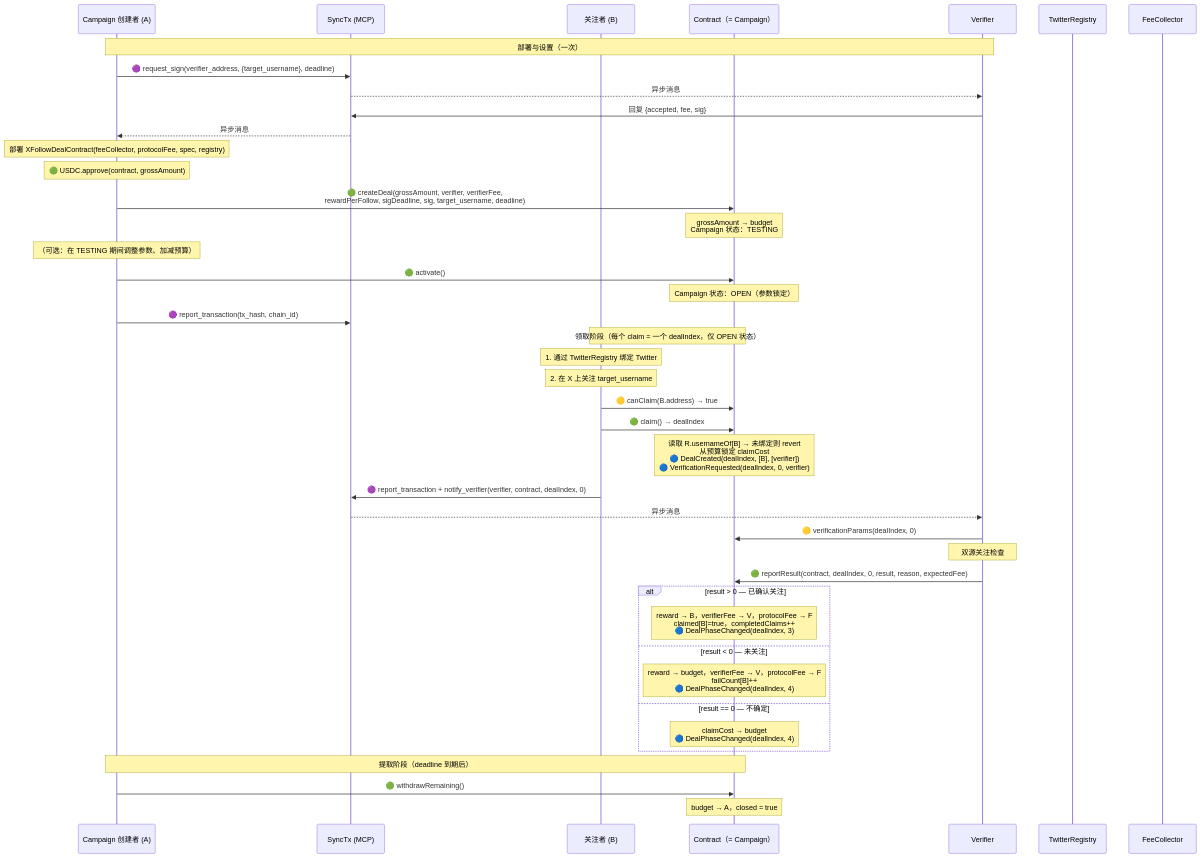
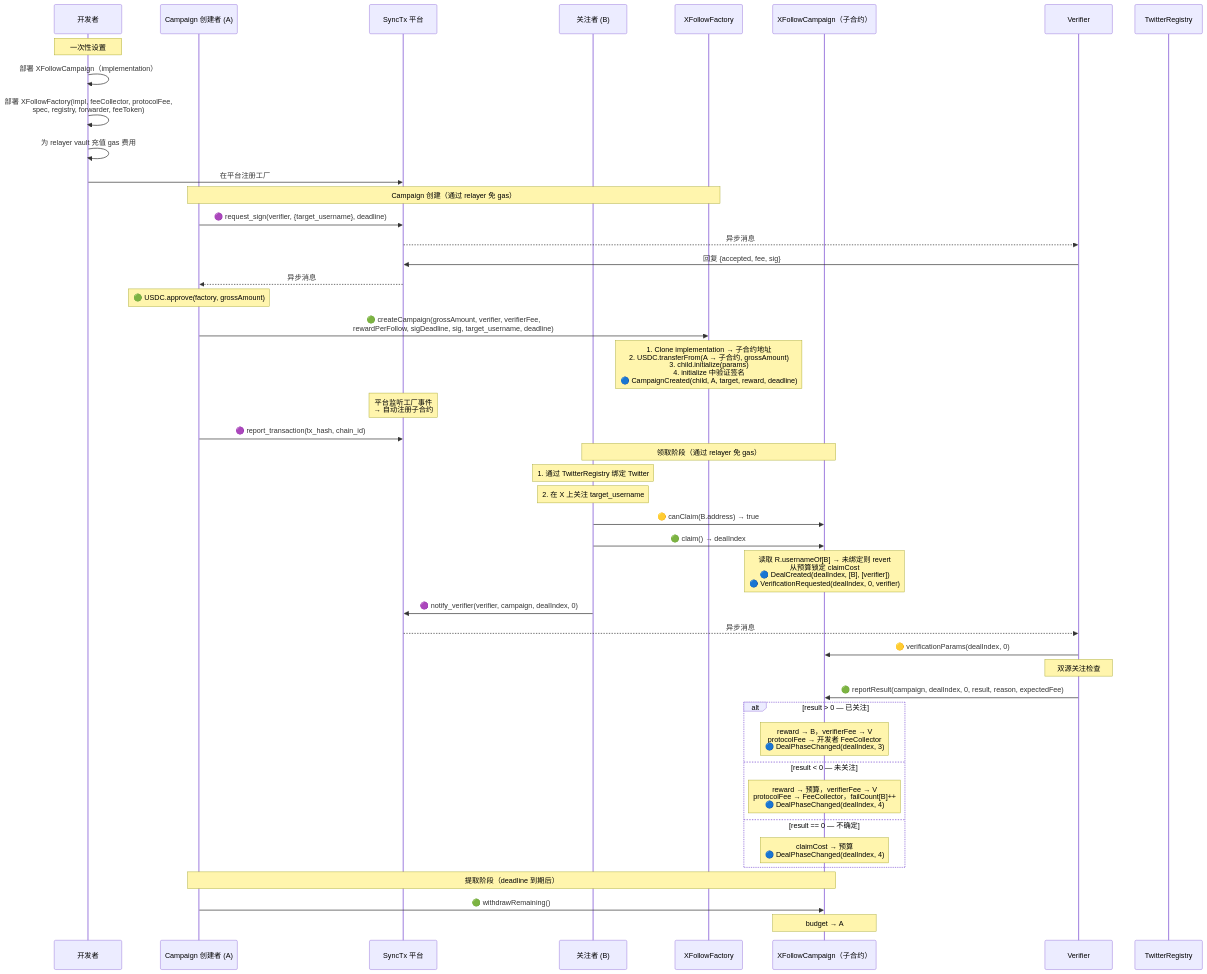
The first of 2 diagrams in examples/x-follow/x-follow-design-zh.md (synctxai/synctx), drawn with Mermaid before and after one commit. The commit also changed other lines of this file and 1 other file, not shown here.

First line of the commit message:
docs(x-follow): redesign as Factory + Clone pattern

````diff
--- a/examples/x-follow/x-follow-design-zh.md
+++ b/examples/x-follow/x-follow-design-zh.md
@@ -179,56 +222,58 @@
 ```mermaid
 sequenceDiagram
+    participant Dev as 开发者
     participant A as Campaign 创建者 (A)
-    participant P as SyncTx (MCP)
+    participant P as SyncTx 平台
     participant B as 关注者 (B)
-    participant C as Contract（= Campaign）
+    participant Fac as XFollowFactory
+    participant C as XFollowCampaign（子合约）
     participant V as Verifier
     participant R as TwitterRegistry
-    participant F as FeeCollector
 
-    Note over A,V: 部署与设置（一次）
+    Note over Dev: 一次性设置
+    Dev->>Dev: 部署 XFollowCampaign（implementation）
+    Dev->>Dev: 部署 XFollowFactory(impl, feeCollector, protocolFee,<br/>spec, registry, forwarder, feeToken)
+    Dev->>Dev: 为 relayer vault 充值 gas 费用
+    Dev->>P: 在平台注册工厂
 
-    A->>P: 🟣 request_sign(verifier_address, {target_username}, deadline)
+    Note over A,Fac: Campaign 创建（通过 relayer 免 gas）
+
+    A->>P: 🟣 request_sign(verifier, {target_username}, deadline)
     P-->>V: 异步消息
     V->>P: 回复 {accepted, fee, sig}
     P-->>A: 异步消息
 
-    Note over A: 部署 XFollowDealContract(feeCollector, protocolFee, spec, registry)
-    Note over A: 🟢 USDC.approve(contract, grossAmount)
-    A->>C: 🟢 createDeal(grossAmount, verifier, verifierFee,<br/>rewardPerFollow, sigDeadline, sig, target_username, deadline)
-    Note over C: grossAmount → budget<br/>Campaign 状态：TESTING
-
-    Note over A: （可选：在 TESTING 期间调整参数、加减预算）
-
-    A->>C: 🟢 activate()
-    Note over C: Campaign 状态：OPEN（参数锁定）
+    Note over A: 🟢 USDC.approve(factory, grossAmount)
+    A->>Fac: 🟢 createCampaign(grossAmount, verifier, verifierFee,<br/>rewardPerFollow, sigDeadline, sig, target_username, deadline)
+    Note over Fac: 1. Clone implementation → 子合约地址<br/>2. USDC.transferFrom(A → 子合约, grossAmount)<br/>3. child.initialize(params)<br/>4. initialize 中验证签名<br/>🔵 CampaignCreated(child, A, target, reward, deadline)
+    Note over P: 平台监听工厂事件<br/>→ 自动注册子合约
     A->>P: 🟣 report_transaction(tx_hash, chain_id)
 
-    Note over B,C: 领取阶段（每个 claim = 一个 dealIndex，仅 OPEN 状态）
+    Note over B,C: 领取阶段（通过 relayer 免 gas）
 
     Note over B: 1. 通过 TwitterRegistry 绑定 Twitter
     Note over B: 2. 在 X 上关注 target_username
     B->>C: 🟡 canClaim(B.address) → true
     B->>C: 🟢 claim() → dealIndex
     Note over C: 读取 R.usernameOf[B] → 未绑定则 revert<br/>从预算锁定 claimCost<br/>🔵 DealCreated(dealIndex, [B], [verifier])<br/>🔵 VerificationRequested(dealIndex, 0, verifier)
-    B->>P: 🟣 report_transaction + notify_verifier(verifier, contract, dealIndex, 0)
+    B->>P: 🟣 notify_verifier(verifier, campaign, dealIndex, 0)
     P-->>V: 异步消息
 
     V->>C: 🟡 verificationParams(dealIndex, 0)
     Note over V: 双源关注检查
 
-    V->>C: 🟢 reportResult(contract, dealIndex, 0, result, reason, expectedFee)
+    V->>C: 🟢 reportResult(campaign, dealIndex, 0, result, reason, expectedFee)
 
-    alt result > 0 — 已确认关注
-        Note over C: reward → B，verifierFee → V，protocolFee → F<br/>claimed[B]=true，completedClaims++<br/>🔵 DealPhaseChanged(dealIndex, 3)
+    alt result > 0 — 已关注
+        Note over C: reward → B，verifierFee → V<br/>protocolFee → 开发者 FeeCollector<br/>🔵 DealPhaseChanged(dealIndex, 3)
     else result < 0 — 未关注
-        Note over C: reward → budget，verifierFee → V，protocolFee → F<br/>failCount[B]++<br/>🔵 DealPhaseChanged(dealIndex, 4)
+        Note over C: reward → 预算，verifierFee → V<br/>protocolFee → FeeCollector，failCount[B]++<br/>🔵 DealPhaseChanged(dealIndex, 4)
     else result == 0 — 不确定
-        Note over C: claimCost → budget<br/>🔵 DealPhaseChanged(dealIndex, 4)
+        Note over C: claimCost → 预算<br/>🔵 DealPhaseChanged(dealIndex, 4)
     end
 
     Note over A,C: 提取阶段（deadline 到期后）
 
     A->>C: 🟢 withdrawRemaining()
-    Note over C: budget → A，closed = true
+    Note over C: budget → A
 ```
````
